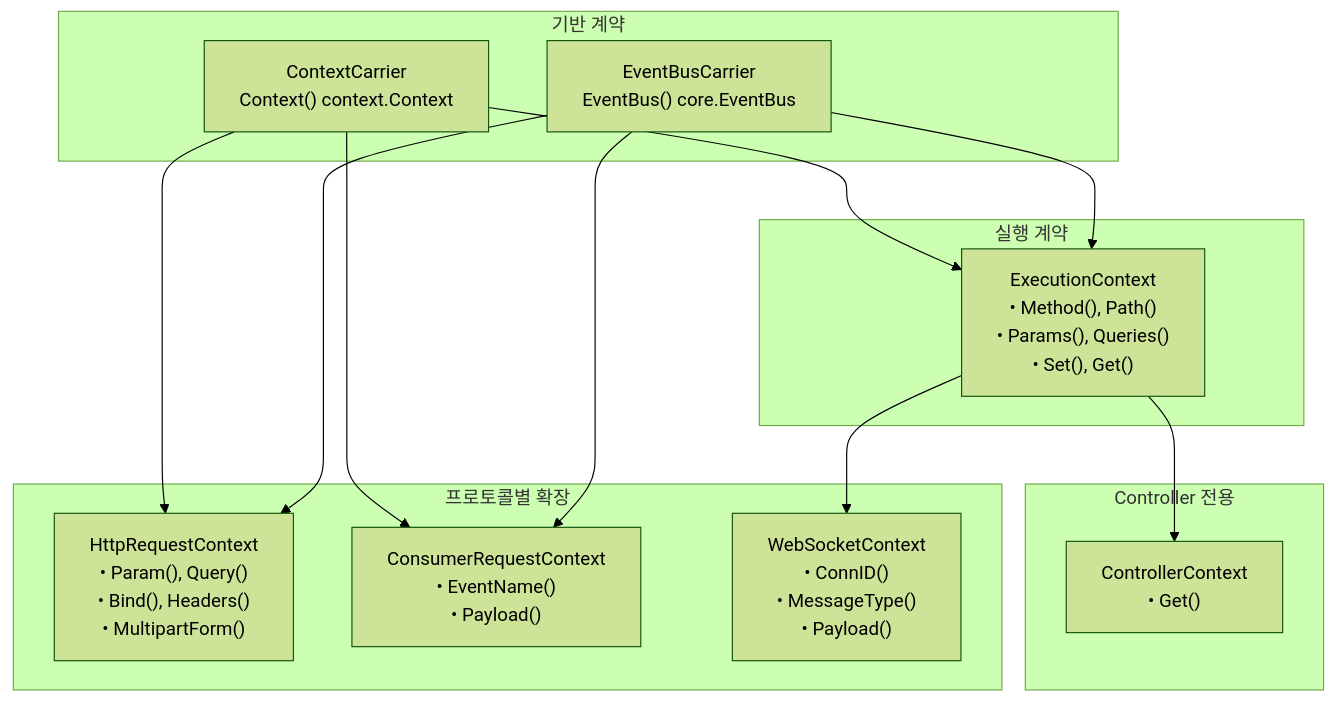
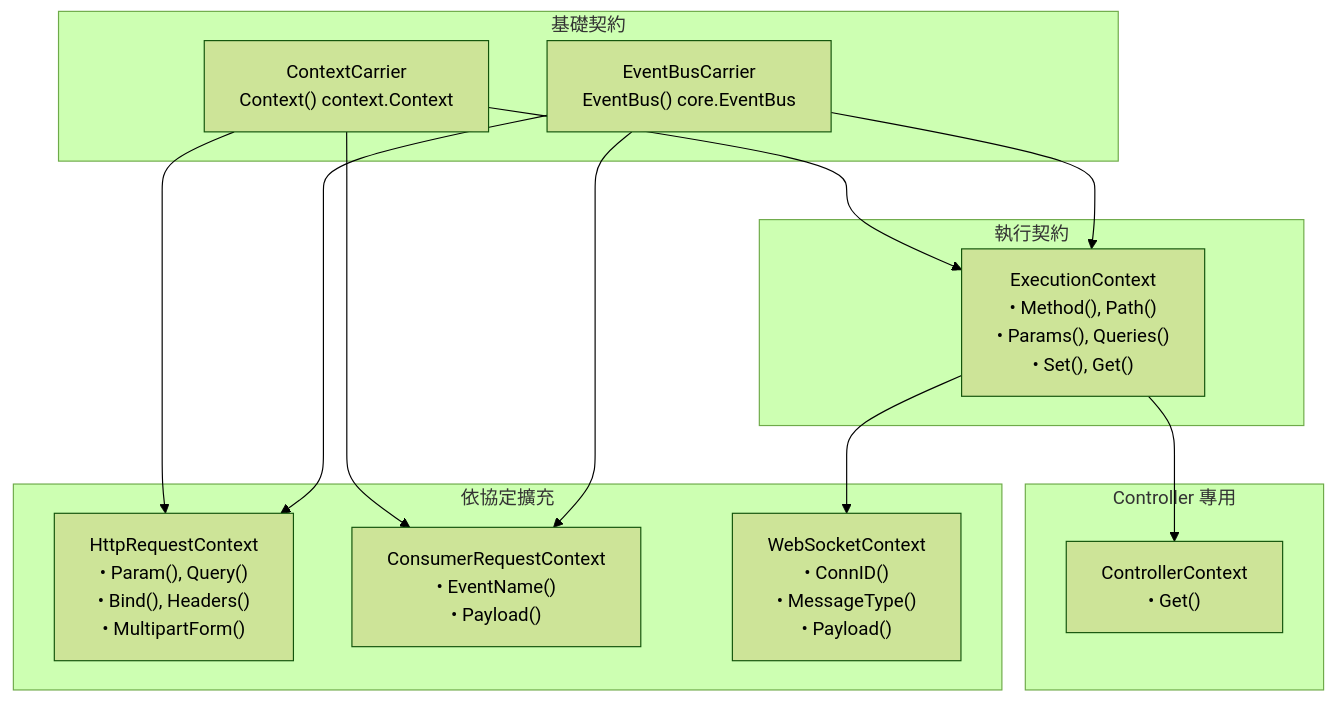
One commit to NARUBROWN/spine-site changed the second of 2 diagrams in docs/zh-Hant/learn/core-concepts/execution-context.md. Above: the diagram before and after it, drawn with Mermaid (forest theme). The commit also changed other lines of this file and 15 other files, not shown here.

````diff
--- a/docs/zh-Hant/learn/core-concepts/execution-context.md
+++ b/docs/zh-Hant/learn/core-concepts/execution-context.md
@@ -37,30 +37,30 @@
 ```mermaid
 graph TB
-    subgraph "기반 계약"
+    subgraph "基礎契約"
         ContextCarrier["ContextCarrier<br>Context() context.Context"]
         EventBusCarrier["EventBusCarrier<br>EventBus() core.EventBus"]
     end
     
-    subgraph "실행 계약"
+    subgraph "執行契約"
         ExecutionContext["ExecutionContext<br>• Method(), Path()<br>• Params(), Queries()<br>• Set(), Get()"]
     end
     
-    subgraph "Controller 전용"
+    subgraph "Controller 專用"
         ControllerContext["ControllerContext<br>• Get()"]
     end
     
-    subgraph "프로토콜별 확장"
+    subgraph "依協定擴充"
         HttpRequestContext["HttpRequestContext<br>• Param(), Query()<br>• Bind(), Headers()<br>• MultipartForm()"]
         ConsumerRequestContext["ConsumerRequestContext<br>• EventName()<br>• Payload()"]
         WebSocketContext["WebSocketContext<br>• ConnID()<br>• MessageType()<br>• Payload()"]
     end
     
     ContextCarrier --> ExecutionContext
     EventBusCarrier --> ExecutionContext
     ExecutionContext --> ControllerContext
     ContextCarrier --> HttpRequestContext
     EventBusCarrier --> HttpRequestContext
     ExecutionContext --> WebSocketContext
     ContextCarrier --> ConsumerRequestContext
     EventBusCarrier --> ConsumerRequestContext
 ```
````
